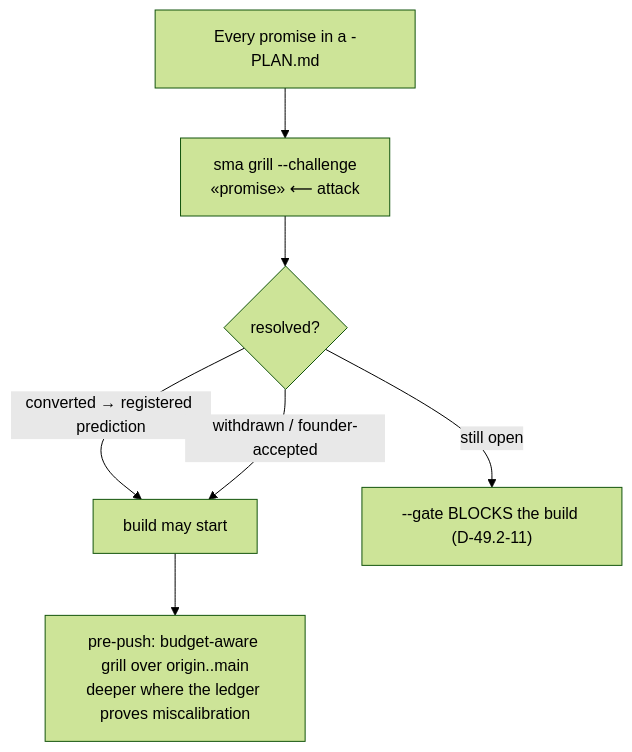
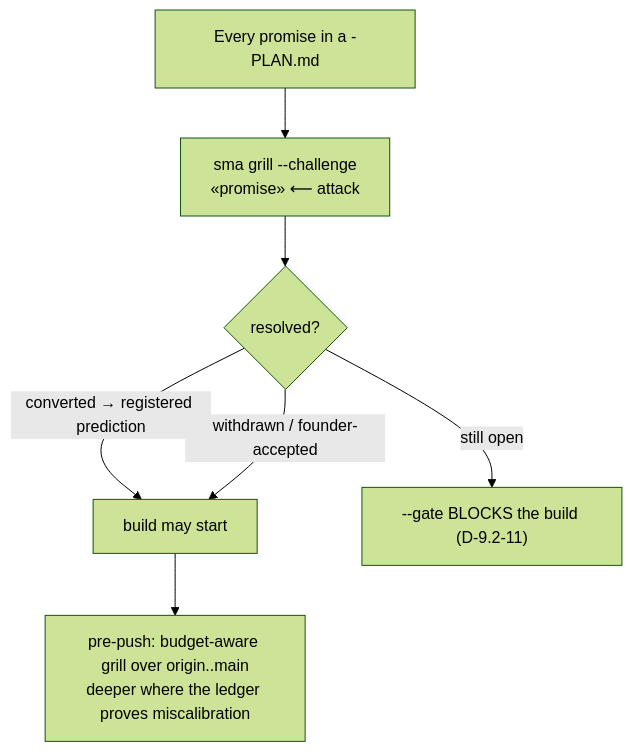
Before and after one commit to sma-framework/sma: diagram 16 of 24 in README.md, drawn with Mermaid (forest theme). The commit also changed other lines of this file and 257 other files, not shown here.

````diff
--- a/README.md
+++ b/README.md
@@ -647,9 +647,9 @@
 ```mermaid
 flowchart TD
     P["Every promise in a -PLAN.md"] --> CH["sma grill --challenge<br>«promise» ⟵ attack"]
     CH --> Q{"resolved?"}
     Q -->|"converted → registered prediction"| GO["build may start"]
     Q -->|"withdrawn / founder-accepted"| GO
-    Q -->|"still open"| STOP["--gate BLOCKS the build (D-49.2-11)"]
+    Q -->|"still open"| STOP["--gate BLOCKS the build (D-9.2-11)"]
     GO --> PP["pre-push: budget-aware grill over origin..main<br>deeper where the ledger proves miscalibration"]
 ```
````
